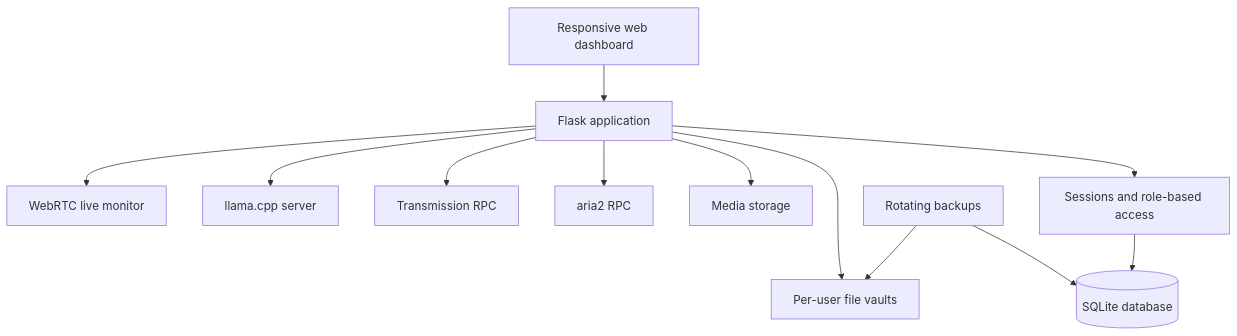
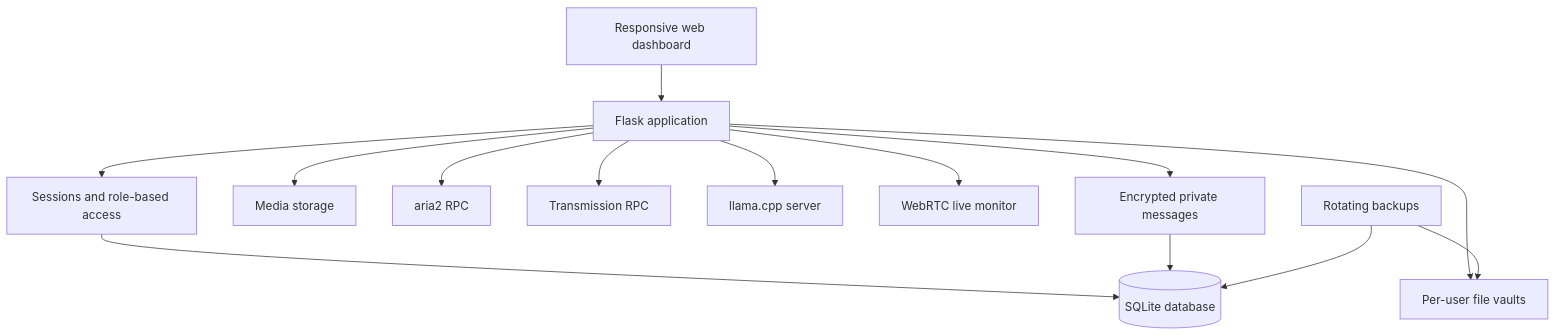
One commit to clementinny/cloud-in-buzunar changed the diagram in README.md. Above: the diagram before and after it, drawn with Mermaid. The commit also changed other lines of this file and 12 other files, not shown here.

Commit message:
feat: add encrypted private user messaging

````diff
--- a/README.md
+++ b/README.md
@@ -121,26 +137,29 @@
 ```mermaid
 flowchart TD
     Browser[Responsive web dashboard]
     Flask[Flask application]
     Auth[Sessions and role-based access]
     SQLite[(SQLite database)]
     Vault[Per-user file vaults]
     Media[Media storage]
     Aria2[aria2 RPC]
     Transmission[Transmission RPC]
     Llama[llama.cpp server]
     Monitor[WebRTC live monitor]
+    Messages[Encrypted private messages]
     Backup[Rotating backups]
 
     Browser --> Flask
     Flask --> Auth
     Auth --> SQLite
     Flask --> Vault
     Flask --> Media
     Flask --> Aria2
     Flask --> Transmission
     Flask --> Llama
     Flask --> Monitor
+    Flask --> Messages
+    Messages --> SQLite
     Backup --> SQLite
     Backup --> Vault
 ```
````
